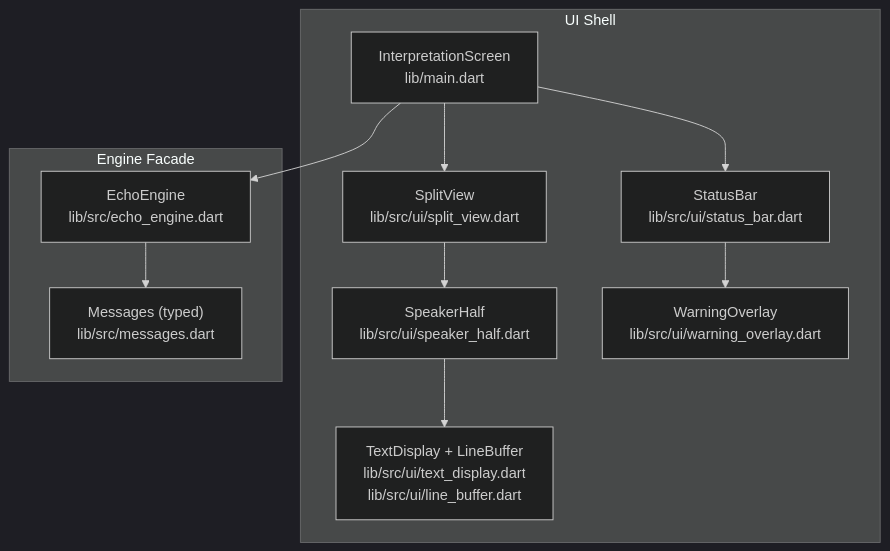
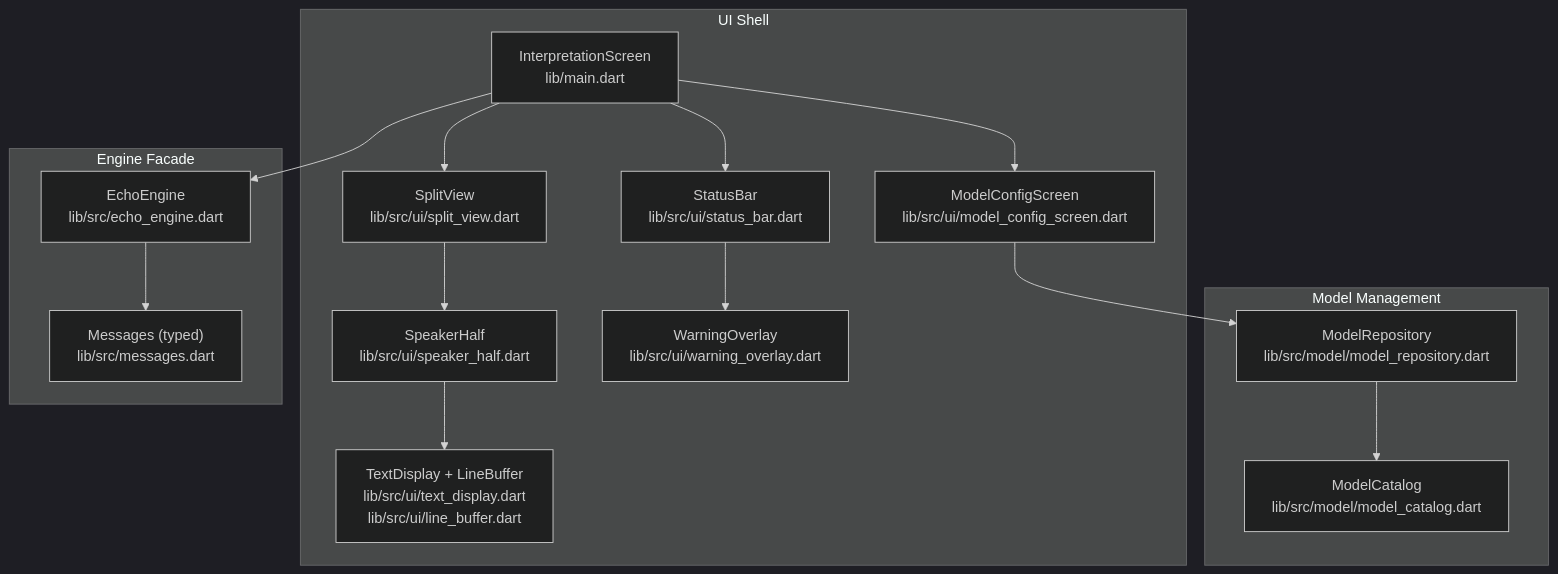
The first of 12 diagrams in .qoder/repowiki/en/content/Flutter UI Layer/Flutter UI Layer.md (iMyth/QwenEcho), drawn with Mermaid (dark theme) before and after one commit. The commit also changed other lines of this file and 129 other files, not shown here.

````diff
--- a/.qoder/repowiki/en/content/Flutter UI Layer/Flutter UI Layer.md
+++ b/.qoder/repowiki/en/content/Flutter UI Layer/Flutter UI Layer.md
@@ -44,22 +56,30 @@
 ```mermaid
 graph TB
 subgraph "UI Shell"
 A["InterpretationScreen<br/>lib/main.dart"]
 B["SplitView<br/>lib/src/ui/split_view.dart"]
 C["SpeakerHalf<br/>lib/src/ui/speaker_half.dart"]
 D["TextDisplay + LineBuffer<br/>lib/src/ui/text_display.dart<br/>lib/src/ui/line_buffer.dart"]
 E["StatusBar<br/>lib/src/ui/status_bar.dart"]
 F["WarningOverlay<br/>lib/src/ui/warning_overlay.dart"]
+G["ModelConfigScreen<br/>lib/src/ui/model_config_screen.dart"]
+end
+subgraph "Model Management"
+H["ModelRepository<br/>lib/src/model/model_repository.dart"]
+I["ModelCatalog<br/>lib/src/model/model_catalog.dart"]
 end
 subgraph "Engine Facade"
-G["EchoEngine<br/>lib/src/echo_engine.dart"]
-H["Messages (typed)<br/>lib/src/messages.dart"]
+J["EchoEngine<br/>lib/src/echo_engine.dart"]
+K["Messages (typed)<br/>lib/src/messages.dart"]
 end
 A --> B
+A --> G
+A --> E
 B --> C
 C --> D
-A --> E
 E --> F
-A --> G
+A --> J
+J --> K
 G --> H
+H --> I
 ```
````
